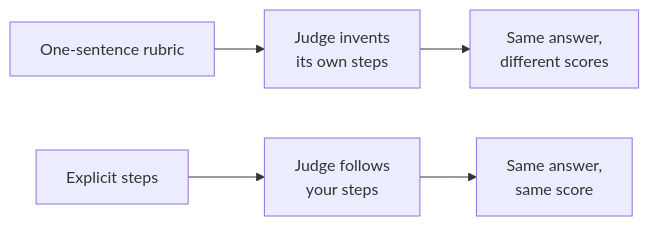
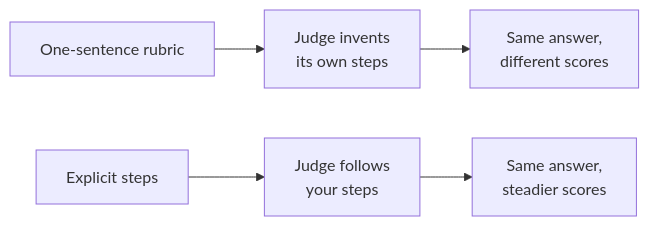
The fourth of 5 diagrams in docs/concepts/field-guide/03-rag-generation.md (Sourav692/Agent_Evaluation_Demystified), drawn with Mermaid before and after one commit. The commit also changed other lines of this file, not shown here.

````diff
--- a/docs/concepts/field-guide/03-rag-generation.md
+++ b/docs/concepts/field-guide/03-rag-generation.md
@@ -298,7 +294,7 @@
 ```mermaid
 flowchart LR
     V["One-sentence rubric"] --> J1["Judge invents<br/>its own steps"]
     J1 --> S1["Same answer,<br/>different scores"]
     E["Explicit steps"] --> J2["Judge follows<br/>your steps"]
-    J2 --> S2["Same answer,<br/>same score"]
+    J2 --> S2["Same answer,<br/>steadier scores"]
 ```
````
